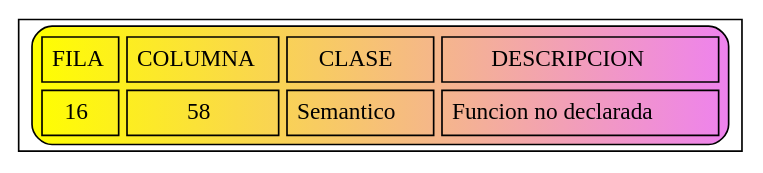
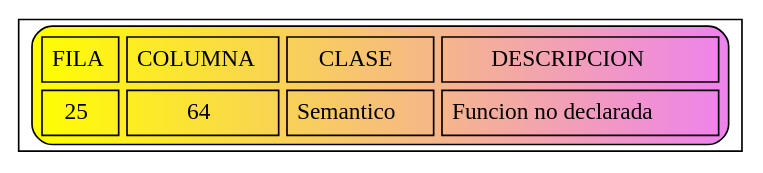
One commit to JoseMore99/OLC2_P1_201701015 changed the diagram in Errores.dot. Above: the diagram before and after it, drawn with Graphviz. The commit also changed 3 other files, not shown here.

```diff
--- a/Errores.dot
+++ b/Errores.dot
@@ -1,7 +1,7 @@
 digraph G{
 node [shape=record];
 a0 [label=<<TABLE border="1" cellspacing="5" cellpadding="5" style="rounded" bgcolor="yellow:violet">
 "<TR><TD>FILA</TD><TD>COLUMNA</TD><TD>CLASE</TD><TD>DESCRIPCION</TD></TR>
-<TR><TD>16</TD><TD>58</TD><TD>Semantico</TD><TD>Funcion no declarada</TD></TR>
+<TR><TD>25</TD><TD>64</TD><TD>Semantico</TD><TD>Funcion no declarada</TD></TR>
 </TABLE>>];
 }
```
